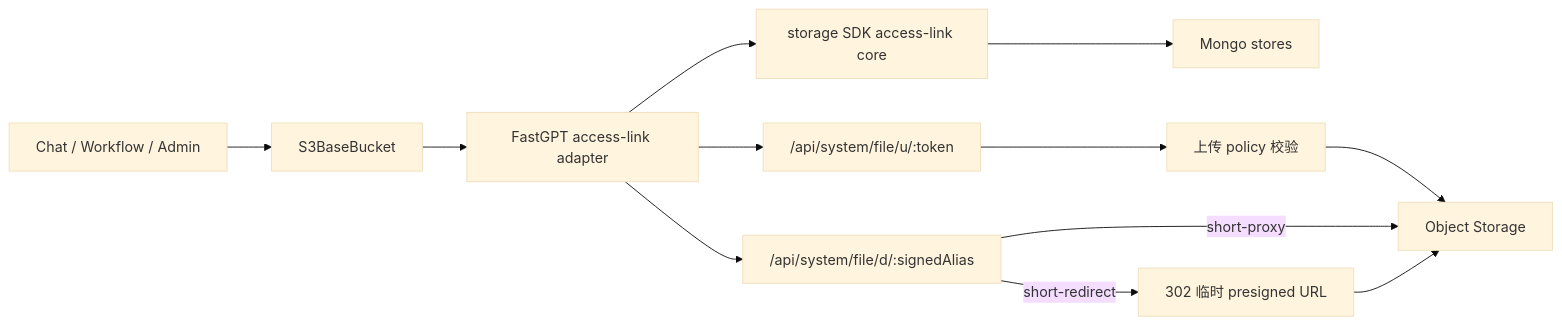
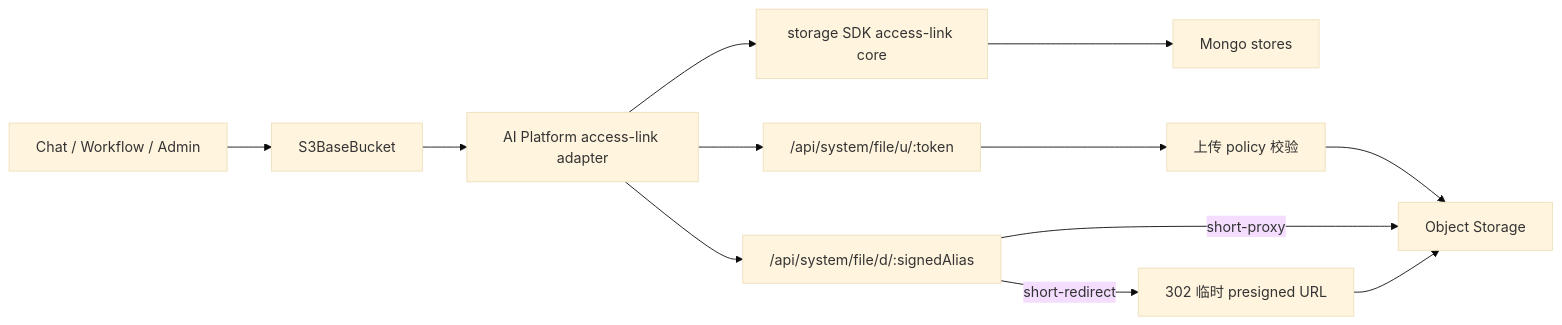
One commit to labring/FastGPT changed the diagram in .agents/design/common/s3/s3-storage-refactor.md. Above: the diagram before and after it, drawn with Mermaid (base theme). The commit also changed other lines of this file and 392 other files, not shown here.

````diff
--- a/.agents/design/common/s3/s3-storage-refactor.md
+++ b/.agents/design/common/s3/s3-storage-refactor.md
@@ -18,14 +18,14 @@
 ```mermaid
 flowchart LR
   C["Chat / Workflow / Admin"] --> B["S3BaseBucket"]
-  B --> A["FastGPT access-link adapter"]
+  B --> A["AI Platform access-link adapter"]
   A --> S["storage SDK access-link core"]
   S --> M["Mongo stores"]
   A --> U["/api/system/file/u/:token"]
   A --> D["/api/system/file/d/:signedAlias"]
   U --> P["上传 policy 校验"]
   P --> O["Object Storage"]
   D -->|short-proxy| O
   D -->|short-redirect| R["302 临时 presigned URL"]
   R --> O
 ```
````
